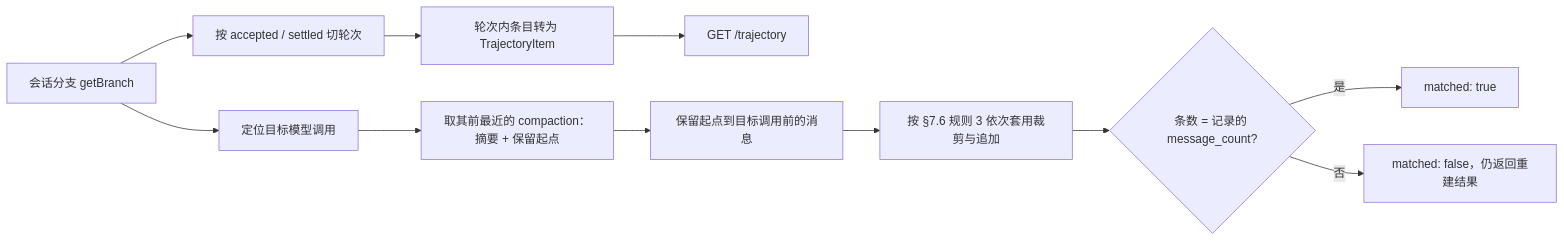
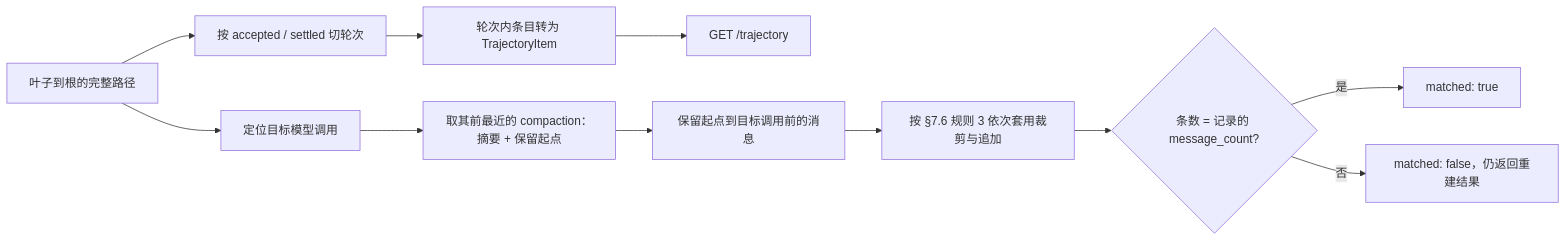
The second of 3 diagrams in docs/sdd/feats/21-run-trajectory/README.md (zhentai-sn/open-glaux), drawn with Mermaid before and after one commit. The commit also changed other lines of this file and 22 other files, not shown here.

````diff
--- a/docs/sdd/feats/21-run-trajectory/README.md
+++ b/docs/sdd/feats/21-run-trajectory/README.md
@@ -145,13 +145,13 @@
 ```mermaid
 flowchart LR
-    A[会话分支 getBranch] --> B[按 accepted / settled 切轮次]
+    A[叶子到根的完整路径] --> B[按 accepted / settled 切轮次]
     B --> C[轮次内条目转为 TrajectoryItem]
     C --> D[GET /trajectory]
     A --> E[定位目标模型调用]
     E --> F[取其前最近的 compaction：摘要 + 保留起点]
     F --> G[保留起点到目标调用前的消息]
     G --> H[按 §7.6 规则 3 依次套用裁剪与追加]
     H --> I{条数 = 记录的 message_count?}
     I -- 是 --> J[matched: true]
     I -- 否 --> K[matched: false，仍返回重建结果]
 ```
````
